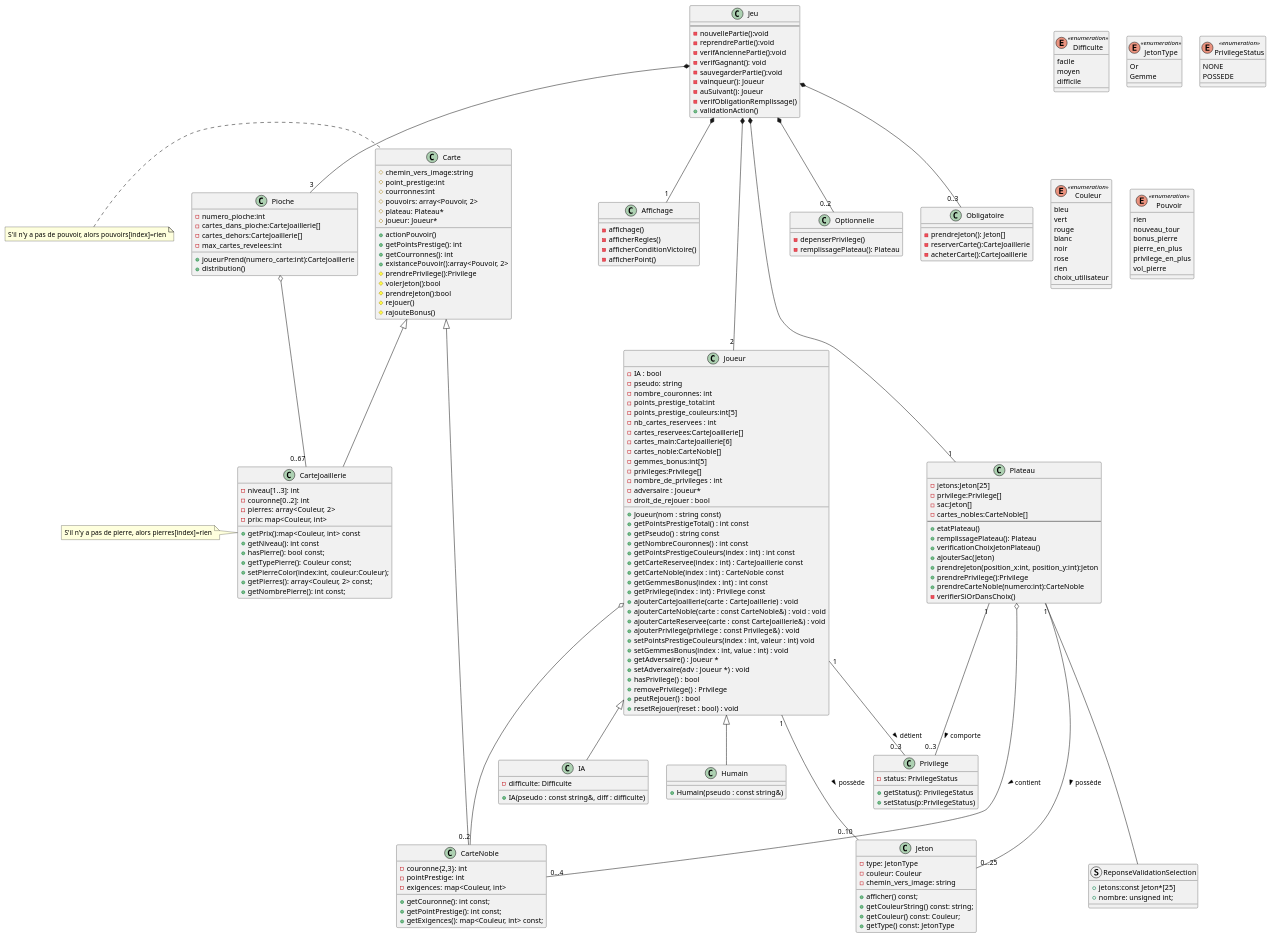
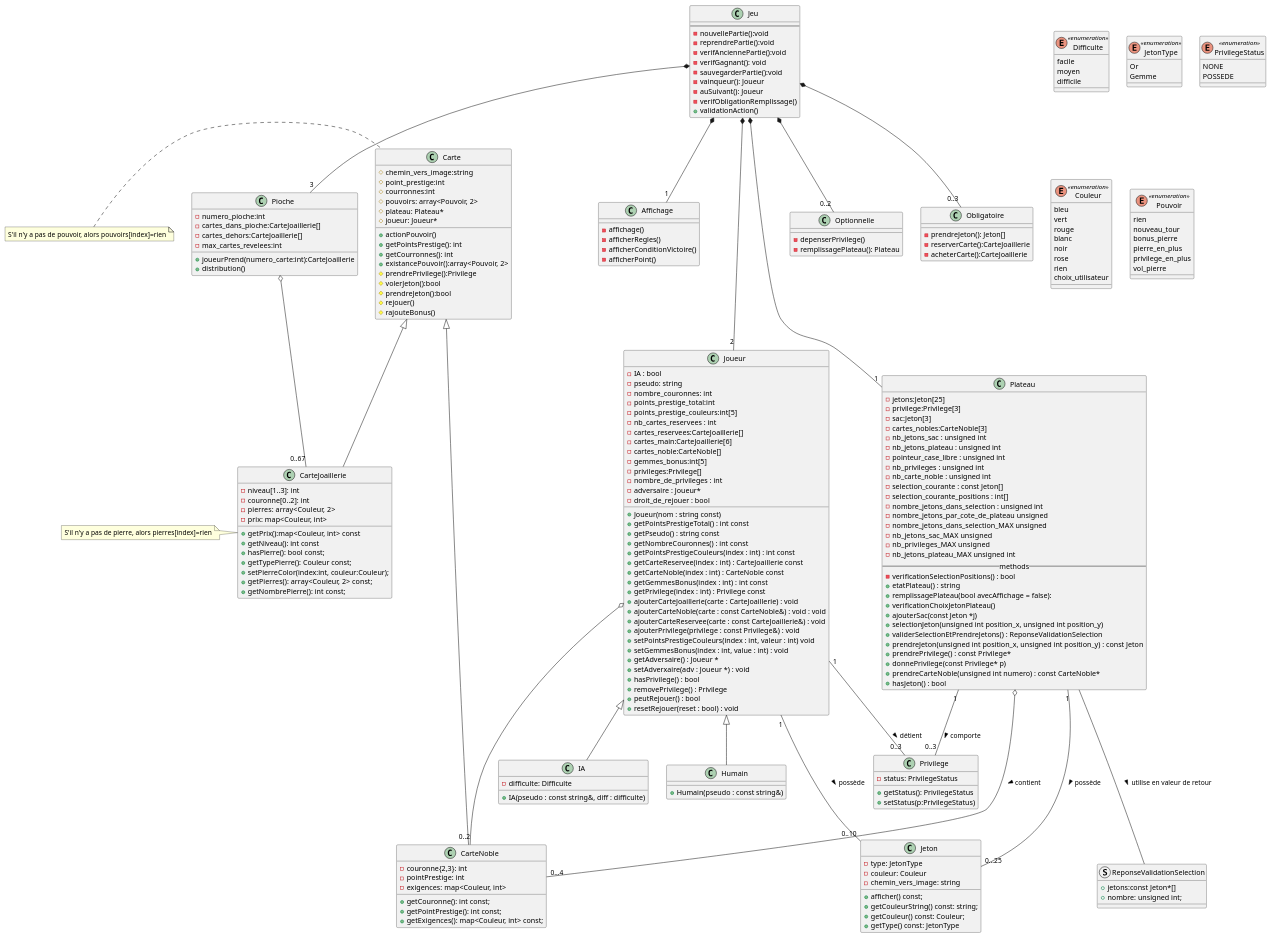
The diagram in SplendorUML.puml (LaylaLunae/Splendor-duel), drawn with PlantUML before and after one commit. The commit also changed 1 other file, not shown here.

Commit message:
Update plateau UML + correction dans prendreJeton()

```diff
--- a/SplendorUML.puml
+++ b/SplendorUML.puml
@@ -23,21 +23,38 @@
 
 class Plateau {
 - jetons:Jeton[25]
-- privilege:Privilege[]
-- sac:Jeton[]
-- cartes_nobles:CarteNoble[]
---
-+ etatPlateau()
-+ remplissagePlateau(): Plateau
+- privilege:Privilege[3]
+- sac:Jeton[3]
+- cartes_nobles:CarteNoble[3]
+- nb_jetons_sac : unsigned int
+- nb_jetons_plateau : unsigned int
+- pointeur_case_libre : unsigned int
+- nb_privileges : unsigned int
+- nb_carte_noble : unsigned int
+- selection_courante : const Jeton[]
+- selection_courante_positions : int[]
+- nombre_jetons_dans_selection : unsigned int
+- nombre_jetons_par_cote_de_plateau unsigned
+- nombre_jetons_dans_selection_MAX unsigned
+- nb_jetons_sac_MAX  unsigned
+- nb_privileges_MAX  unsigned
+- nb_jetons_plateau_MAX unsigned int
+-- methods --
+- verificationSelectionPositions() : bool
++ etatPlateau() : string
++ remplissagePlateau(bool avecAffichage = false):
 + verificationChoixJetonPlateau()
-+ ajouterSac(Jeton)
-+ prendreJeton(position_x:int, position_y:int):Jeton
-+ prendrePrivilege():Privilege
-+ prendreCarteNoble(numero:int):CarteNoble
-- verifierSiOrDansChoix()
++ ajouterSac(const Jeton *j)
++ selectionJeton(unsigned int position_x, unsigned int position_y)
++ validerSelectionEtPrendreJetons() : ReponseValidationSelection
++ prendreJeton(unsigned int position_x, unsigned int position_y) : const Jeton
++ prendrePrivilege() : const Privilege*
++ donnePrivilege(const Privilege* p)
++ prendreCarteNoble(unsigned int numero) : const CarteNoble*
++ hasJeton() : bool
 }
 struct ReponseValidationSelection {
-    + jetons:const Jeton*[25]
+    + jetons:const Jeton*[]
     + nombre: unsigned int;
 }
 
@@ -219,7 +236,7 @@
 Plateau "1" --- "0...25" Jeton: possède >
 Plateau "1"--"0..3" Privilege: comporte >
 Plateau o---"0...4" CarteNoble: contient >
-Plateau --- ReponseValidationSelection
+Plateau --- ReponseValidationSelection : utilise en valeur de retour >
 'Plateau "1"-"3" Pioche
 
 Pioche o--"0..67" CarteJoaillerie
```
